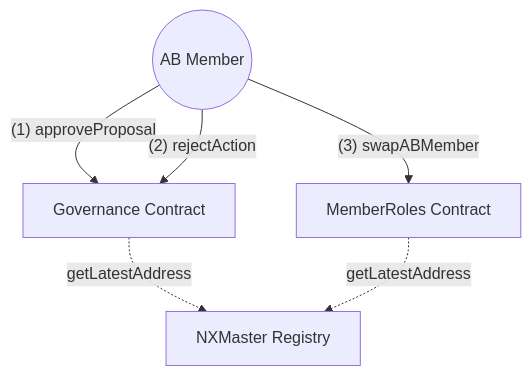
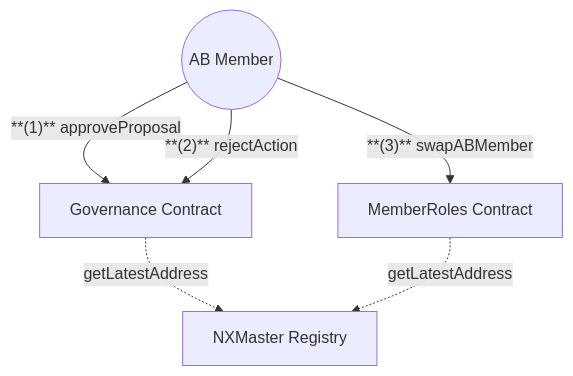
The second of 2 diagrams in docs/diagrams/contracts/governance-membership.md (NexusMutual/smart-contracts), drawn with Mermaid before and after one commit. The commit also changed other lines of this file and 9 other files, not shown here.

Commit message:
docs: update diagrams docs

````diff
--- a/docs/diagrams/contracts/governance-membership.md
+++ b/docs/diagrams/contracts/governance-membership.md
@@ -31,19 +31,19 @@
 ```mermaid
 graph TD
     %% Users
     ABMember(("AB Member"))
 
     %% Contracts
     Governance["Governance Contract"]
     MemberRoles["MemberRoles Contract"]
     NXMaster["NXMaster Registry"]
 
     %% AB Member interactions
-    ABMember -->|"(1) approveProposal"| Governance
-    ABMember -->|"(2) rejectAction"| Governance
-    ABMember -->|"(3) swapABMember"| MemberRoles
+    ABMember -->|"**(1)** approveProposal"| Governance
+    ABMember -->|"**(2)** rejectAction"| Governance
+    ABMember -->|"**(3)** swapABMember"| MemberRoles
 
     %% Contract Registry interactions
     Governance -.->|"getLatestAddress"| NXMaster
     MemberRoles -.->|"getLatestAddress"| NXMaster
 ```
````
